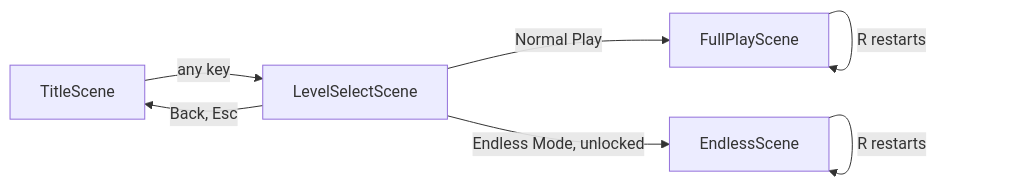
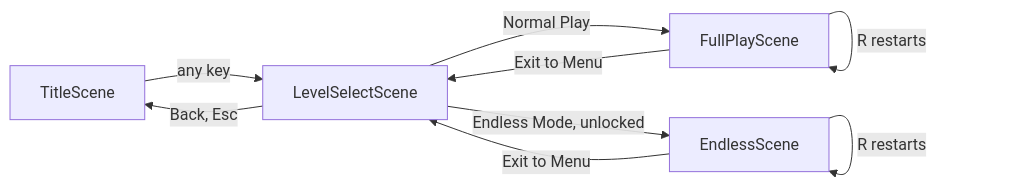
One commit to CSCI-526/Team4-Lu_Lu changed the first of 4 diagrams in docs/monkobra-tdd.md. Above: the diagram before and after it, drawn with Mermaid. The commit also changed other lines of this file and 7 other files, not shown here.

````diff
--- a/docs/monkobra-tdd.md
+++ b/docs/monkobra-tdd.md
@@ -43,9 +43,11 @@
 ```mermaid
 graph LR
   Title[TitleScene] -->|any key| Select[LevelSelectScene]
   Select -->|Normal Play| Full[FullPlayScene]
   Select -->|Endless Mode, unlocked| Endless[EndlessScene]
   Select -->|Back, Esc| Title
   Full -->|R restarts| Full
   Endless -->|R restarts| Endless
+  Full -->|Exit to Menu| Select
+  Endless -->|Exit to Menu| Select
 ```
````
